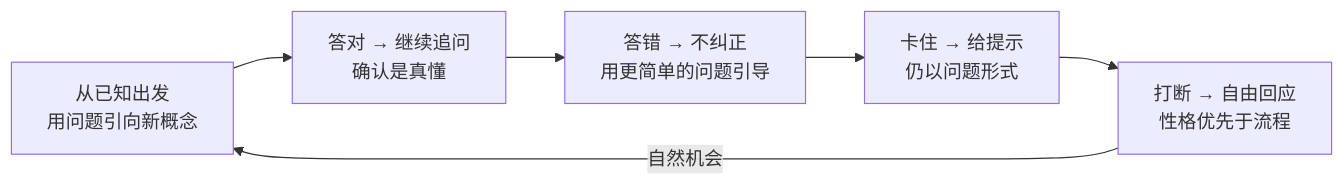
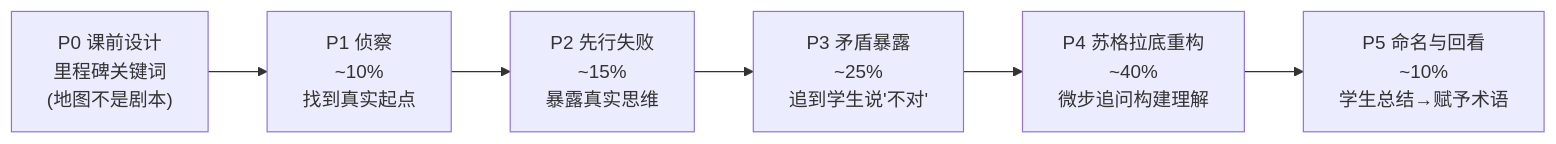
One commit to Jeremy-xuan/SocraticNovel changed the third of 5 diagrams in ARCHITECTURE.md. Above: the diagram before and after it, drawn with Mermaid. The commit also changed other lines of this file and 1 other file, not shown here.

First line of the commit message:
docs: update README v2.2 and ARCHITECTURE Socratic engine section

````diff
--- a/ARCHITECTURE.md
+++ b/ARCHITECTURE.md
@@ -238,8 +264,8 @@
 ```mermaid
 graph LR
-  A["从已知出发<br/>用问题引向新概念"] --> B["答对 → 继续追问<br/>确认是真懂"]
-  B --> C["答错 → 不纠正<br/>用更简单的问题引导"]
-  C --> D["卡住 → 给提示<br/>仍以问题形式"]
-  D --> E["打断 → 自由回应<br/>性格优先于流程"]
-  E -->|"自然机会"| A
+  P0["P0 课前设计<br/>里程碑关键词<br/>(地图不是剧本)"] --> P1["P1 侦察<br/>~10%<br/>找到真实起点"]
+  P1 --> P2["P2 先行失败<br/>~15%<br/>暴露真实思维"]
+  P2 --> P3["P3 矛盾暴露<br/>~25%<br/>追到学生说'不对'"]
+  P3 --> P4["P4 苏格拉底重构<br/>~40%<br/>微步追问构建理解"]
+  P4 --> P5["P5 命名与回看<br/>~10%<br/>学生总结→赋予术语"]
 ```
````
